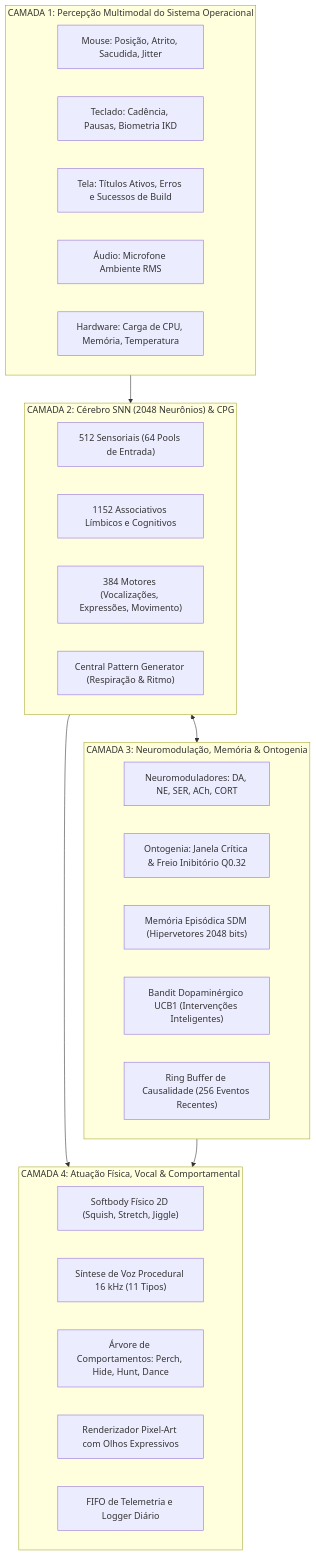
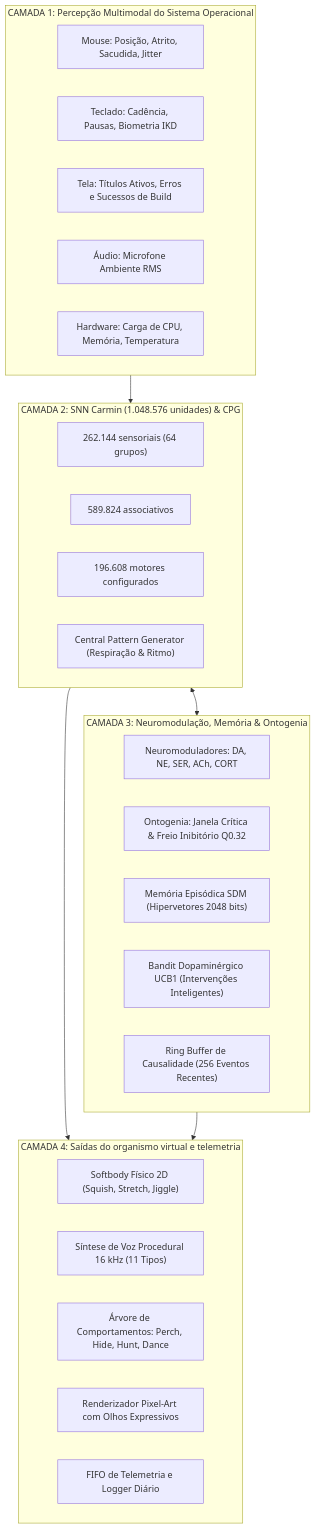
Before and after one commit to HololiveStudios/caddin: the diagram in README.md, drawn with Mermaid. The commit also changed other lines of this file and 15 other files, not shown here.

````diff
--- a/README.md
+++ b/README.md
@@ -111,38 +114,38 @@
 ```mermaid
 flowchart TD
     subgraph C1["CAMADA 1: Percepção Multimodal do Sistema Operacional"]
         M1["Mouse: Posição, Atrito, Sacudida, Jitter"]
         M2["Teclado: Cadência, Pausas, Biometria IKD"]
         M3["Tela: Títulos Ativos, Erros e Sucessos de Build"]
         M4["Áudio: Microfone Ambiente RMS"]
         M5["Hardware: Carga de CPU, Memória, Temperatura"]
     end
 
-    subgraph C2["CAMADA 2: Cérebro SNN (2048 Neurônios) & CPG"]
-        S1["512 Sensoriais (64 Pools de Entrada)"]
-        S2["1152 Associativos Límbicos e Cognitivos"]
-        S3["384 Motores (Vocalizações, Expressões, Movimento)"]
+    subgraph C2["CAMADA 2: SNN Carmin (1.048.576 unidades) & CPG"]
+        S1["262.144 sensoriais (64 grupos)"]
+        S2["589.824 associativos"]
+        S3["196.608 motores configurados"]
         CPG["Central Pattern Generator (Respiração & Ritmo)"]
     end
 
     subgraph C3["CAMADA 3: Neuromodulação, Memória & Ontogenia"]
         N1["Neuromoduladores: DA, NE, SER, ACh, CORT"]
         N2["Ontogenia: Janela Crítica & Freio Inibitório Q0.32"]
         N3["Memória Episódica SDM (Hipervetores 2048 bits)"]
         N4["Bandit Dopaminérgico UCB1 (Intervenções Inteligentes)"]
         N5["Ring Buffer de Causalidade (256 Eventos Recentes)"]
     end
 
-    subgraph C4["CAMADA 4: Atuação Física, Vocal & Comportamental"]
+    subgraph C4["CAMADA 4: Saídas do organismo virtual e telemetria"]
         A1["Softbody Físico 2D (Squish, Stretch, Jiggle)"]
         A2["Síntese de Voz Procedural 16 kHz (11 Tipos)"]
         A3["Árvore de Comportamentos: Perch, Hide, Hunt, Dance"]
         A4["Renderizador Pixel-Art com Olhos Expressivos"]
         A5["FIFO de Telemetria e Logger Diário"]
     end
 
     C1 --> C2
     C2 <--> C3
     C2 --> C4
     C3 --> C4
 ```
````
